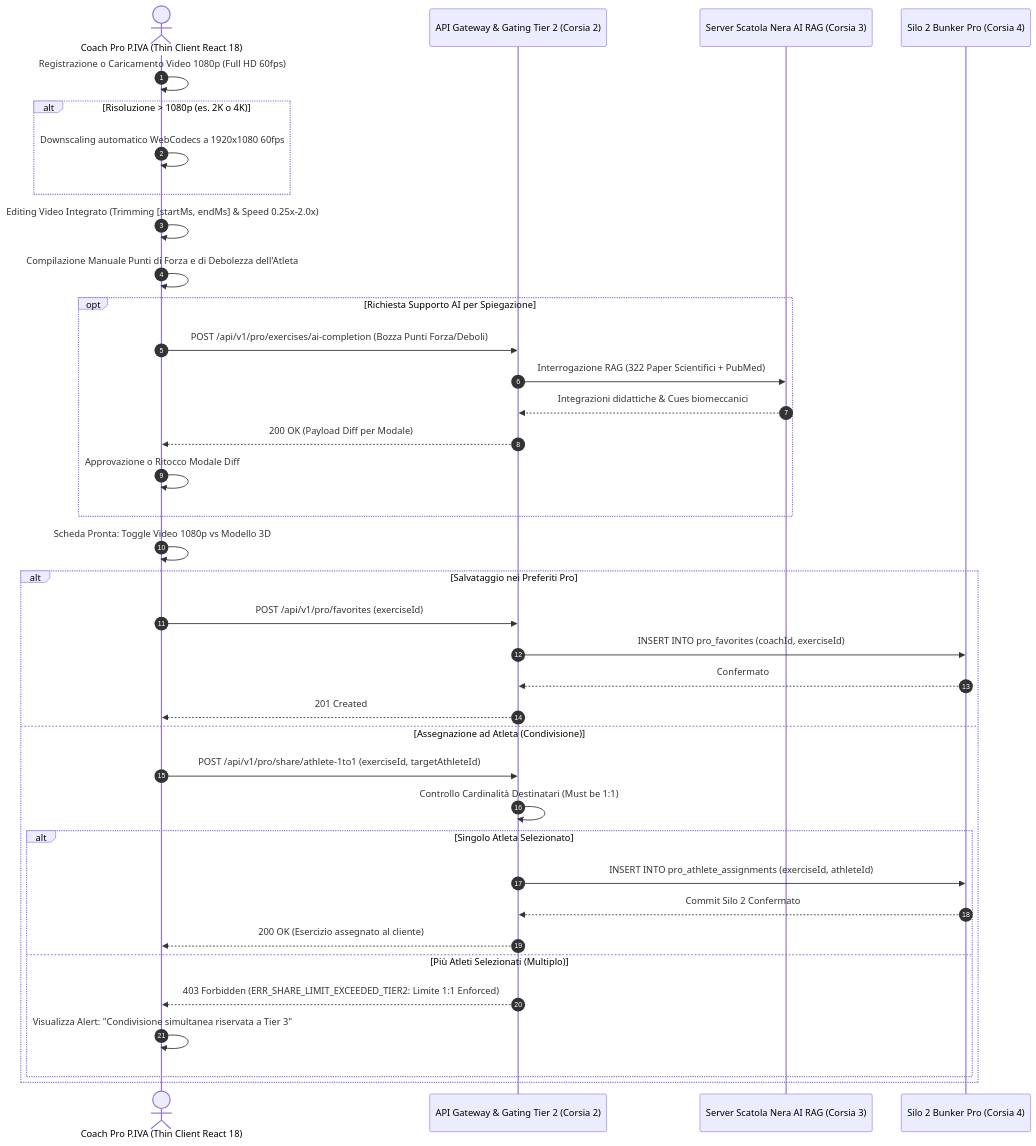
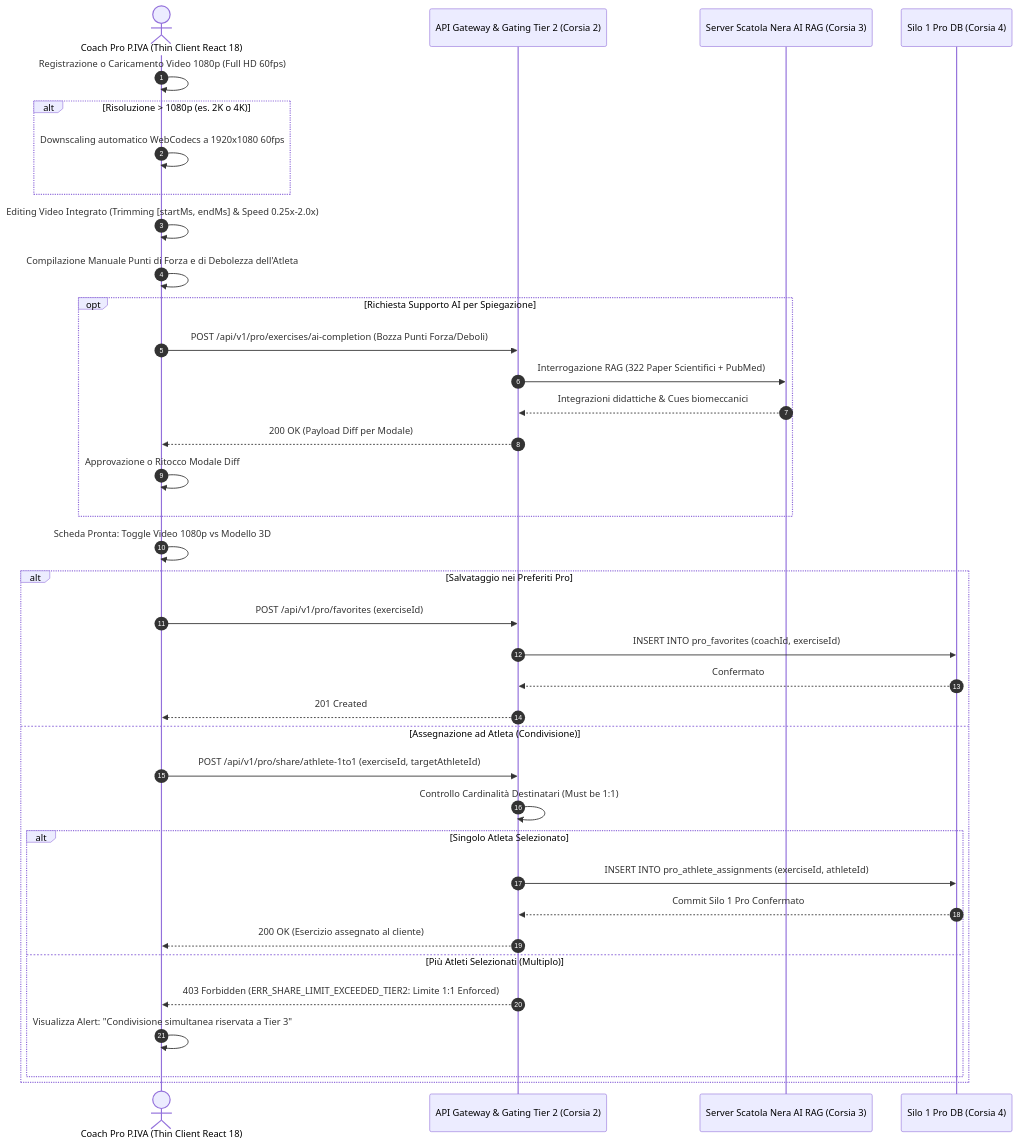
One commit to sportscience2025-star/Sports-Analytics-Platform---T7-Workout-APP changed the diagram in architecture-blueprint/00-capitolato-tecnico-e-glossario/08-software-2-flow-2b-coach-hub.md. Above: the diagram before and after it, drawn with Mermaid. The commit also changed other lines of this file and 4 other files, not shown here.

Commit message:
docs: arch review, kinepose spec, 21 glossary terms and prompt-ready roadmap (TASK-009 to TASK-045)

````diff
--- a/architecture-blueprint/00-capitolato-tecnico-e-glossario/08-software-2-flow-2b-coach-hub.md
+++ b/architecture-blueprint/00-capitolato-tecnico-e-glossario/08-software-2-flow-2b-coach-hub.md
@@ -60,44 +60,44 @@
 ```mermaid
 sequenceDiagram
     autonumber
     actor Coach as Coach Pro P.IVA (Thin Client React 18)
     participant GW as API Gateway & Gating Tier 2 (Corsia 2)
     participant RAG as Server Scatola Nera AI RAG (Corsia 3)
-    participant DB as Silo 2 Bunker Pro (Corsia 4)
+    participant DB as Silo 1 Pro DB (Corsia 4)
 
     Coach->>Coach: Registrazione o Caricamento Video 1080p (Full HD 60fps)
     alt Risoluzione > 1080p (es. 2K o 4K)
         Coach->>Coach: Downscaling automatico WebCodecs a 1920x1080 60fps
     end
 
     Coach->>Coach: Editing Video Integrato (Trimming [startMs, endMs] & Speed 0.25x-2.0x)
     Coach->>Coach: Compilazione Manuale Punti di Forza e di Debolezza dell'Atleta
     
     opt Richiesta Supporto AI per Spiegazione
         Coach->>GW: POST /api/v1/pro/exercises/ai-completion (Bozza Punti Forza/Deboli)
         GW->>RAG: Interrogazione RAG (322 Paper Scientifici + PubMed)
         RAG-->>GW: Integrazioni didattiche & Cues biomeccanici
         GW-->>Coach: 200 OK (Payload Diff per Modale)
         Coach->>Coach: Approvazione o Ritocco Modale Diff
     end
 
     Coach->>Coach: Scheda Pronta: Toggle Video 1080p vs Modello 3D
     
     alt Salvataggio nei Preferiti Pro
         Coach->>GW: POST /api/v1/pro/favorites (exerciseId)
         GW->>DB: INSERT INTO pro_favorites (coachId, exerciseId)
         DB-->>GW: Confermato
         GW-->>Coach: 201 Created
     else Assegnazione ad Atleta (Condivisione)
         Coach->>GW: POST /api/v1/pro/share/athlete-1to1 (exerciseId, targetAthleteId)
         GW->>GW: Controllo Cardinalità Destinatari (Must be 1:1)
         alt Singolo Atleta Selezionato
             GW->>DB: INSERT INTO pro_athlete_assignments (exerciseId, athleteId)
-            DB-->>GW: Commit Silo 2 Confermato
+            DB-->>GW: Commit Silo 1 Pro Confermato
             GW-->>Coach: 200 OK (Esercizio assegnato al cliente)
         else Più Atleti Selezionati (Multiplo)
             GW-->>Coach: 403 Forbidden (ERR_SHARE_LIMIT_EXCEEDED_TIER2: Limite 1:1 Enforced)
             Coach->>Coach: Visualizza Alert: "Condivisione simultanea riservata a Tier 3"
         end
     end
 ```
````
